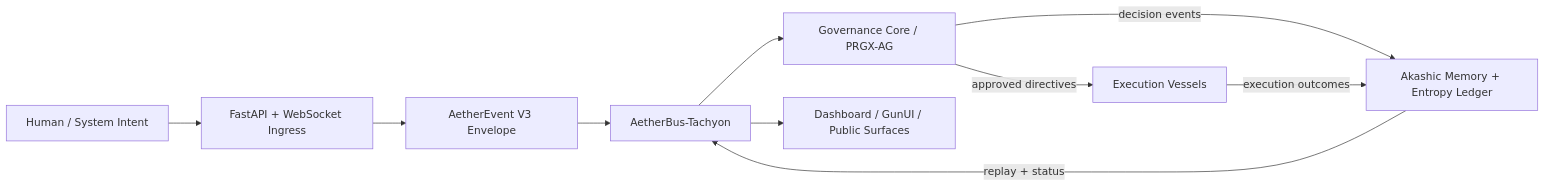
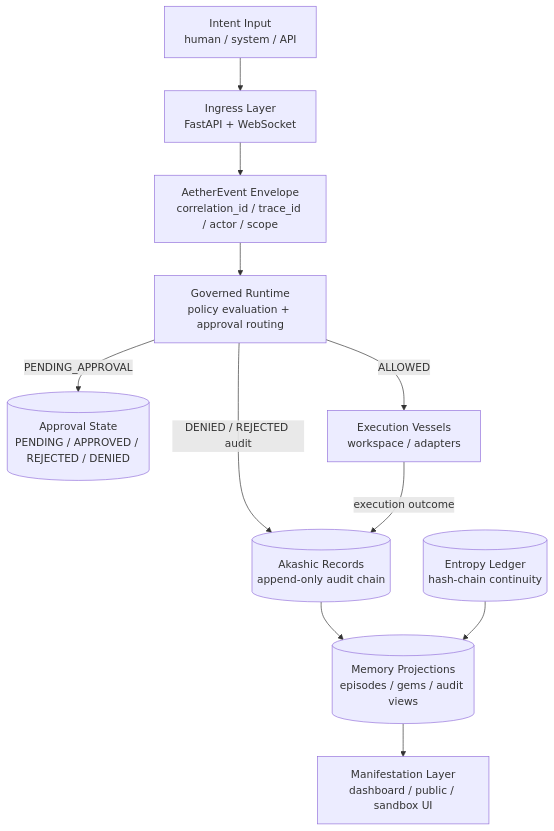
One commit to Aetherium-Syndicate-Inspectra/AETHERIUM-GENESIS changed the diagram in README.md. Above: the diagram before and after it, drawn with Mermaid. The commit also changed other lines of this file and 16 other files, not shown here.

Commit message:
Harden governed execution and audit boundaries

````diff
--- a/README.md
+++ b/README.md
@@ -60,17 +60,22 @@
 ```mermaid
-flowchart LR
-    intent[Human / System Intent]
-    ingress[FastAPI + WebSocket Ingress]
-    envelope[AetherEvent V3 Envelope]
-    bus[AetherBus-Tachyon]
-    governance[Governance Core / PRGX-AG]
-    vessels[Execution Vessels]
-    memory[Akashic Memory + Entropy Ledger]
-    body[Dashboard / GunUI / Public Surfaces]
+flowchart TD
+    intent[Intent Input<br/>human / system / API]
+    ingress[Ingress Layer<br/>FastAPI + WebSocket]
+    envelope[AetherEvent Envelope<br/>correlation_id / trace_id / actor / scope]
+    runtime[Governed Runtime<br/>policy evaluation + approval routing]
+    approvals[(Approval State<br/>PENDING / APPROVED / REJECTED / DENIED)]
+    vessels[Execution Vessels<br/>workspace / adapters]
+    akashic[(Akashic Records<br/>append-only audit chain)]
+    entropy[(Entropy Ledger<br/>hash-chain continuity)]
+    projections[(Memory Projections<br/>episodes / gems / audit views)]
+    body[Manifestation Layer<br/>dashboard / public / sandbox UI]
 
-    intent --> ingress --> envelope --> bus --> governance
-    governance -->|approved directives| vessels
-    governance -->|decision events| memory
-    vessels -->|execution outcomes| memory
-    memory -->|replay + status| bus --> body
+    intent --> ingress --> envelope --> runtime
+    runtime -->|PENDING_APPROVAL| approvals
+    runtime -->|DENIED / REJECTED audit| akashic
+    runtime -->|ALLOWED| vessels
+    vessels -->|execution outcome| akashic
+    akashic --> projections
+    entropy --> projections
+    projections --> body
 ```
````
